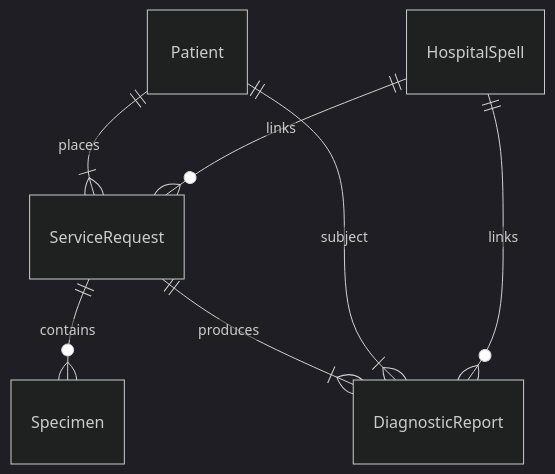
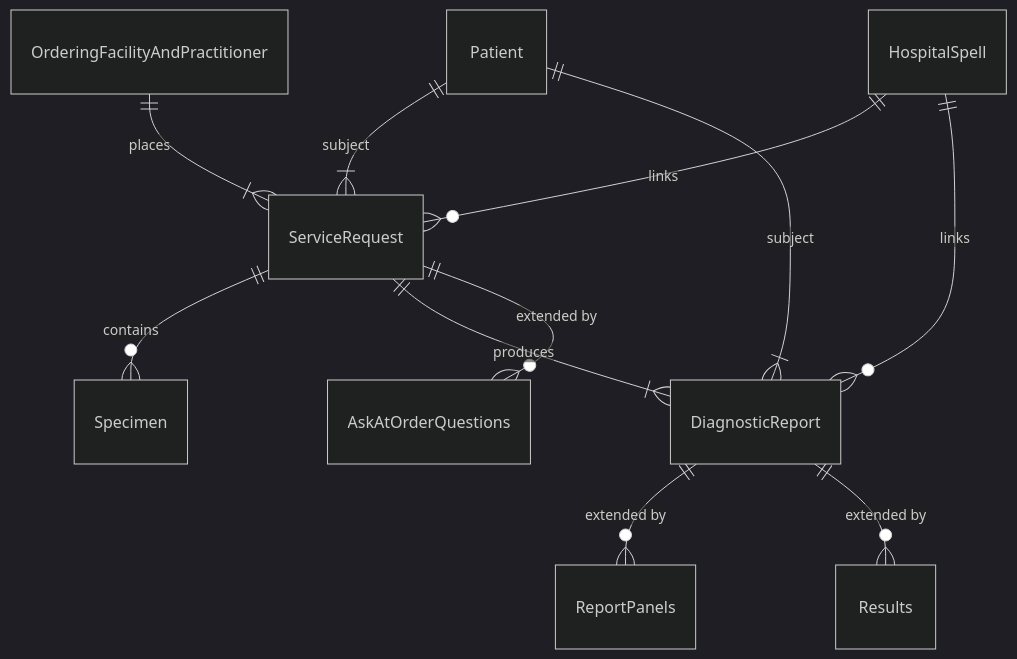
Before and after one commit to nw-gmsa/nw-gmsa.github.com: the first of 2 diagrams in input/pagecontent/diagnostic-core.md, drawn with Mermaid (dark theme). The commit also changed other lines of this file and 3 other files, not shown here.

````diff
--- a/input/pagecontent/diagnostic-core.md
+++ b/input/pagecontent/diagnostic-core.md
@@ -20,9 +23,13 @@
 ```mermaid
 erDiagram
-    Patient ||--|{ ServiceRequest : places
+    OrderingFacilityAndPractitioner ||--|{ ServiceRequest : places
+    Patient ||--|{ ServiceRequest : subject
     HospitalSpell ||--o{ ServiceRequest : links
     ServiceRequest ||--o{ Specimen : contains
     ServiceRequest ||--|{ DiagnosticReport : produces
     Patient ||--|{ DiagnosticReport : subject
     HospitalSpell ||--o{ DiagnosticReport : links
+    ServiceRequest ||--o{ AskAtOrderQuestions : "extended by"
+    DiagnosticReport ||--o{ ReportPanels : "extended by"
+    DiagnosticReport ||--o{ Results : "extended by"
 ```
````
